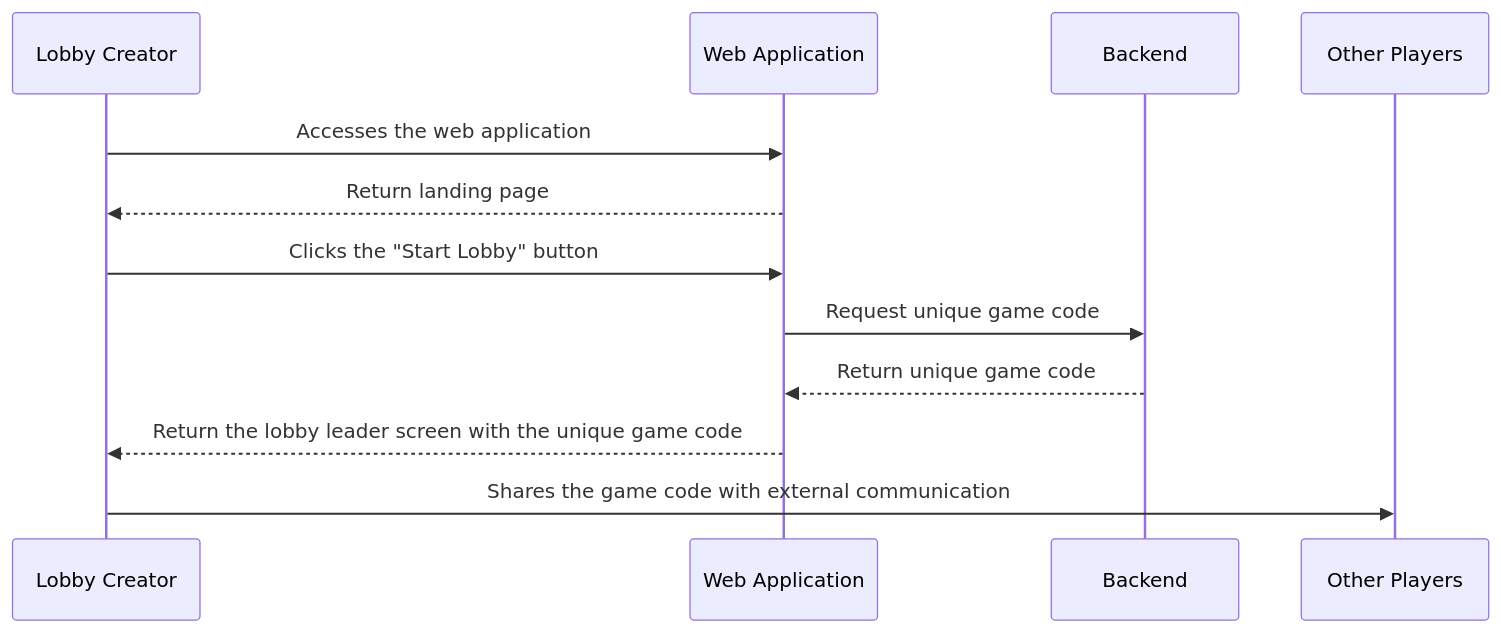
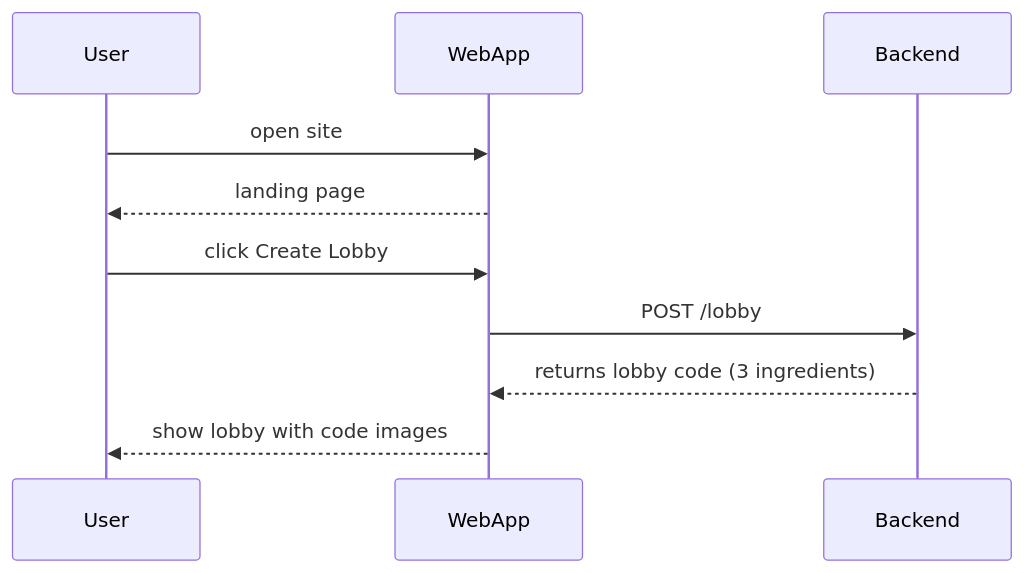
The first of 19 diagrams in documentation/docs/system-architecture/use-case-sequences.md (Capstone-Projects-2025-Spring/aac-go-fish), drawn with Mermaid before and after one commit. The commit also changed other lines of this file and 1 other file, not shown here.

Commit message:
AGTC-117 Update use cases and sequences for new game

````diff
--- a/documentation/docs/system-architecture/use-case-sequences.md
+++ b/documentation/docs/system-architecture/use-case-sequences.md
@@ -8,15 +8,13 @@
 ```mermaid
 sequenceDiagram
-    participant LobbyCreator as Lobby Creator
-    participant WebApplication as Web Application
+    participant User
+    participant WebApp
     participant Backend
-    participant OtherPlayers as Other Players
 
-    LobbyCreator->>WebApplication: Accesses the web application
-    WebApplication-->>LobbyCreator: Return landing page
-    LobbyCreator->>WebApplication: Clicks the "Start Lobby" button
-    WebApplication->>Backend: Request unique game code
-    Backend-->>WebApplication: Return unique game code
-    WebApplication-->>LobbyCreator: Return the lobby leader screen with the unique game code
-    LobbyCreator->>OtherPlayers: Shares the game code with external communication
+    User->>WebApp: open site
+    WebApp-->>User: landing page
+    User->>WebApp: click Create Lobby
+    WebApp->>Backend: POST /lobby
+    Backend-->>WebApp: returns lobby code (3 ingredients)
+    WebApp-->>User: show lobby with code images
 ```
````
